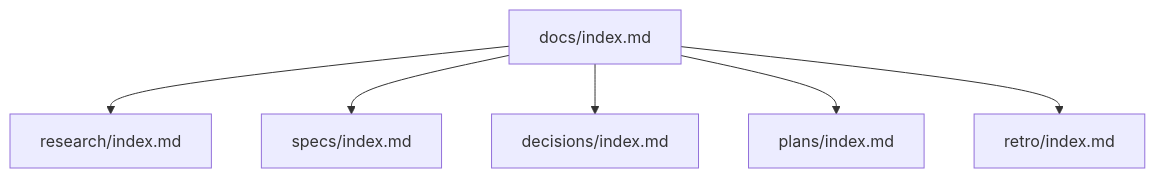
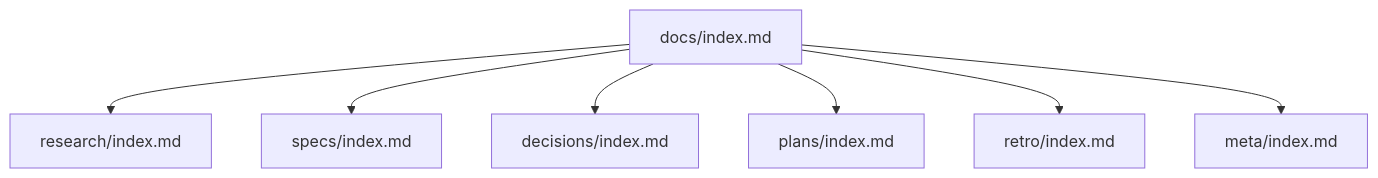
Before and after one commit to 0x1d/bob: the diagram in docs/index.md, drawn with Mermaid. The commit also changed other lines of this file and 8 other files, not shown here.

````diff
--- a/docs/index.md
+++ b/docs/index.md
@@ -44,8 +45,9 @@
 ```mermaid
 flowchart TD
     A[docs/index.md] --> R[research/index.md]
     A --> S[specs/index.md]
     A --> D[decisions/index.md]
     A --> P[plans/index.md]
     A --> T[retro/index.md]
+    A --> M[meta/index.md]
 ```
````
